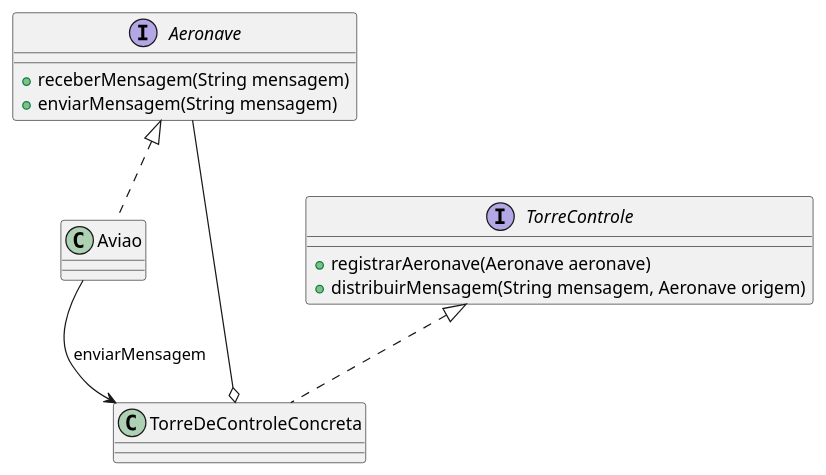
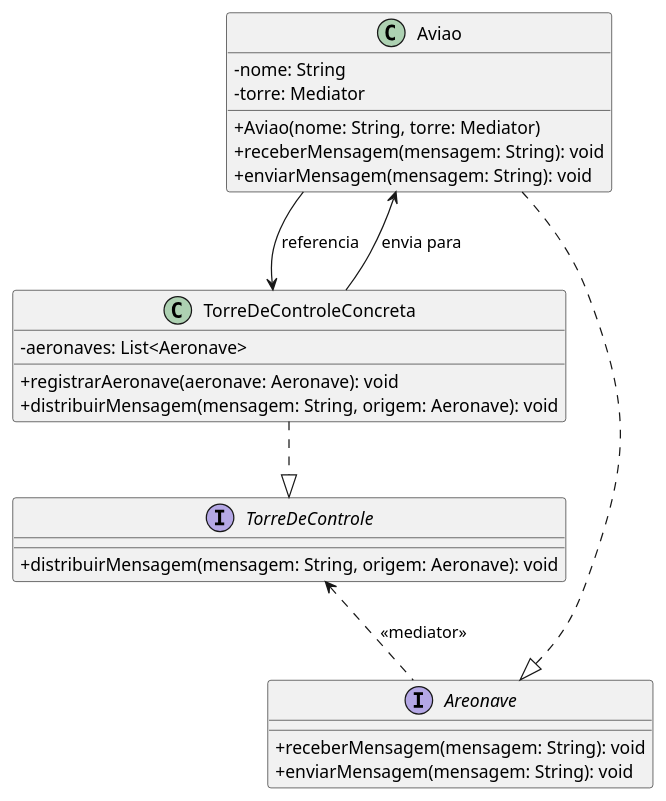
Before and after one commit to 20242-ifba-saj-ads-ppr/seminario-ppr-comportamentais-equipe2: the second of 2 diagrams in README.md, drawn with PlantUML.

````diff
--- a/README.md
+++ b/README.md
@@ -83,23 +83,39 @@
 ```plantuml
 @startuml
-interface Aeronave {
-    + receberMensagem(String mensagem)
-    + enviarMensagem(String mensagem)
+skinparam classAttributeIconSize 0
+
+' Interfaces
+interface TorreDeControle {
+    +distribuirMensagem(mensagem: String, origem: Aeronave): void
 }
 
-class Aviao
-
-interface TorreControle {
-    + registrarAeronave(Aeronave aeronave)
-    + distribuirMensagem(String mensagem, Aeronave origem)
+interface Areonave {
+    +receberMensagem(mensagem: String): void
+    +enviarMensagem(mensagem: String): void
 }
 
-class TorreDeControleConcreta
+' Implementações concretas
+class TorreDeControleConcreta {
+    -aeronaves: List<Aeronave>
+    +registrarAeronave(aeronave: Aeronave): void
+    +distribuirMensagem(mensagem: String, origem: Aeronave): void
+}
 
-TorreControle <|.. TorreDeControleConcreta
-Aeronave <|.. Aviao
+class Aviao {
+    -nome: String
+    -torre: Mediator
+    +Aviao(nome: String, torre: Mediator)
+    +receberMensagem(mensagem: String): void
+    +enviarMensagem(mensagem: String): void
+}
 
-TorreDeControleConcreta o-- Aeronave
-Aviao --> TorreDeControleConcreta : enviarMensagem
+' Heranças
+TorreDeControleConcreta ..|> TorreDeControle
+Aviao ..|> Areonave
+
+' Relacionamentos
+TorreDeControle <.. Areonave : <<mediator>>
+TorreDeControleConcreta --> Aviao : envia para
+Aviao --> TorreDeControleConcreta : referencia
 @enduml
 ```
````
